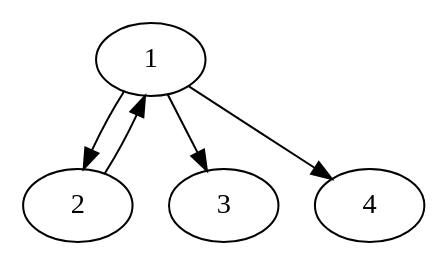
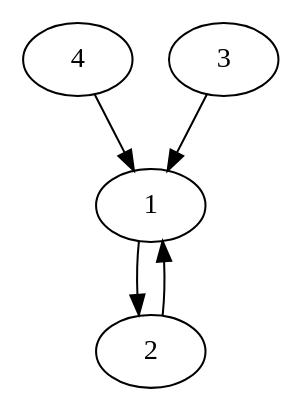
Before and after one commit to Ramzi98/Graph: the diagram in DOT/Ramzi.dot, drawn with Graphviz. The commit also changed 9 other files, not shown here.

Commit message:
Ajout Generation de graph à partir d'un tableau de successeurs

```diff
--- a/DOT/Ramzi.dot
+++ b/DOT/Ramzi.dot
@@ -1,8 +1,6 @@
 digraph g {
  1 -> 2; 
- 1 -> 3; 
- 1 -> 4; 
- 4;
- 3;
+ 4 -> 1; 
+ 3 -> 1; 
  2 -> 1; 
 }
```
